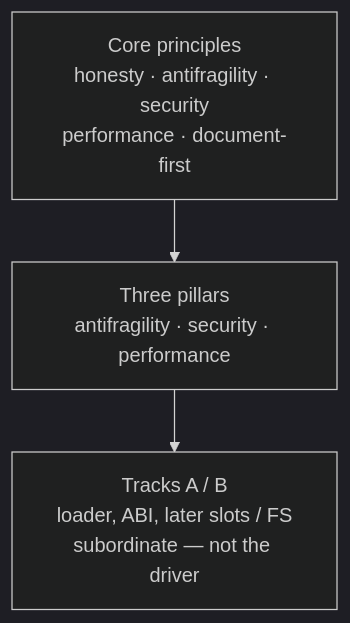
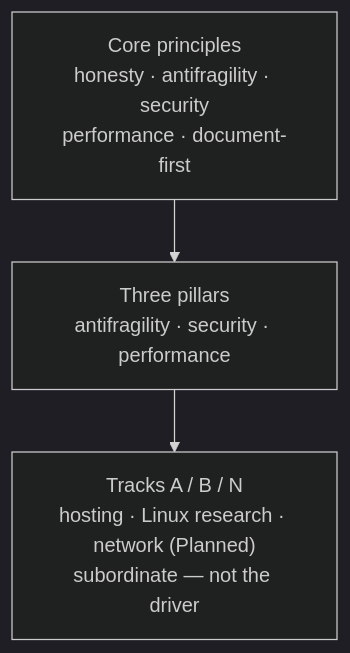
The first of 3 diagrams in docs/index.md (artofdream/ctos), drawn with Mermaid (dark theme) before and after one commit. The commit also changed other lines of this file and 8 other files, not shown here.

````diff
--- a/docs/index.md
+++ b/docs/index.md
@@ -29,7 +29,7 @@
 ```mermaid
 flowchart TD
   P["Core principles<br/>honesty · antifragility · security<br/>performance · document-first"]
   L["Three pillars<br/>antifragility · security · performance"]
-  T["Tracks A / B<br/>loader, ABI, later slots / FS<br/>subordinate — not the driver"]
+  T["Tracks A / B / N<br/>hosting · Linux research · network (Planned)<br/>subordinate — not the driver"]
   P --> L --> T
 ```
````
